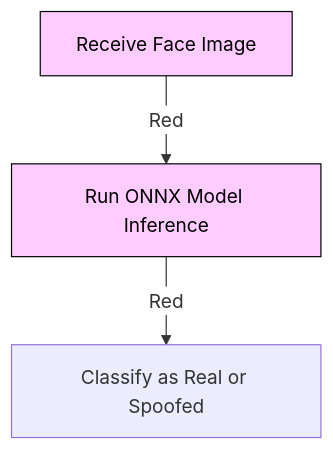
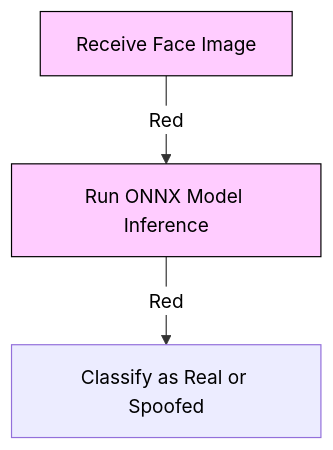
Before and after one commit to Tharun-selladurai/face_liveliness_web_platform: the fourth of 6 diagrams in README.md, drawn with Mermaid. The commit also changed other lines of this file, not shown here.

````diff
--- a/README.md
+++ b/README.md
@@ -101,9 +101,9 @@
 ```mermaid
-%%{init: {'theme': 'default', 'themeVariables': {'edgeLabelBackground':'#ffffff', 'tertiaryColor':'#ffffff'}}}%%
+%%{init: { "theme": "default", "themeVariables": { "edgeLabelBackground": "#ffffff", "tertiaryColor": "#ffffff", "primaryColor": "#ffccff", "edgeColor": "#ff0000", "textColor": "#000000" }}}%%
 graph TD;
     A[Receive Face Image] -->|Red| B[Run ONNX Model Inference]
     B -->|Red| C[Classify as Real or Spoofed]
     
     classDef antiSpoof fill:#ffccff,stroke:#000000,color:#000000;
     class A,B antiSpoof;
 ```
````
